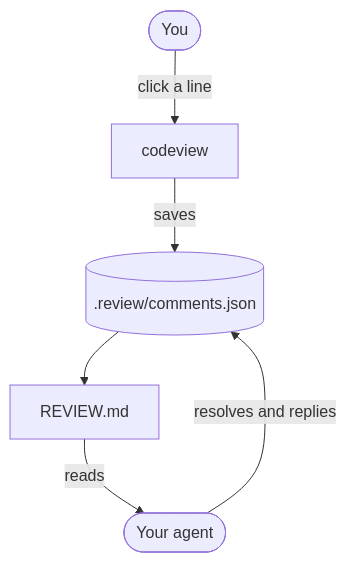
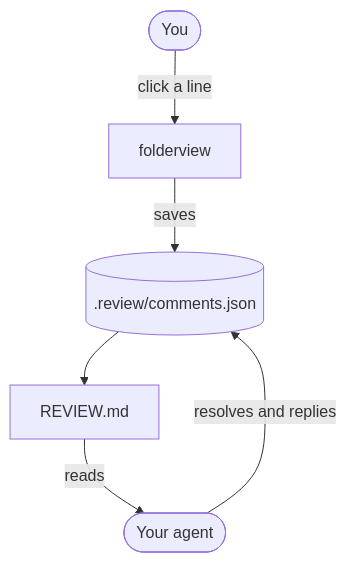
Before and after one commit to ClickerMonkey/folderview: the first of 2 diagrams in docs/examples/markdown.md, drawn with Mermaid. The commit also changed other lines of this file and 20 other files, not shown here.

First line of the commit message:
Rename to folderview (npm refused codeview as too close to code-view)

````diff
--- a/docs/examples/markdown.md
+++ b/docs/examples/markdown.md
@@ -15,8 +15,8 @@
 ```mermaid
 flowchart TD
-  you([You]) -->|click a line| cv[codeview]
+  you([You]) -->|click a line| cv[folderview]
   cv -->|saves| json[(.review/comments.json)]
   json --> md[REVIEW.md]
   md -->|reads| agent([Your agent])
   agent -->|resolves and replies| json
 ```
````
